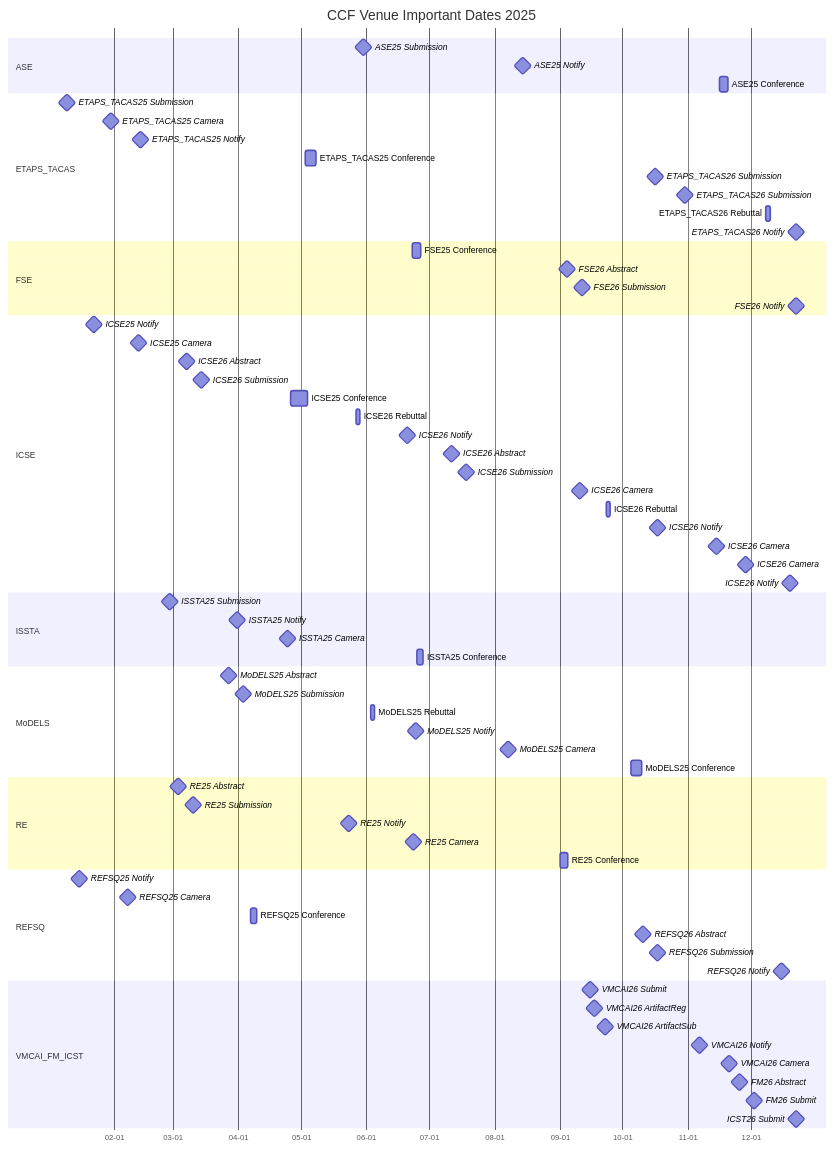
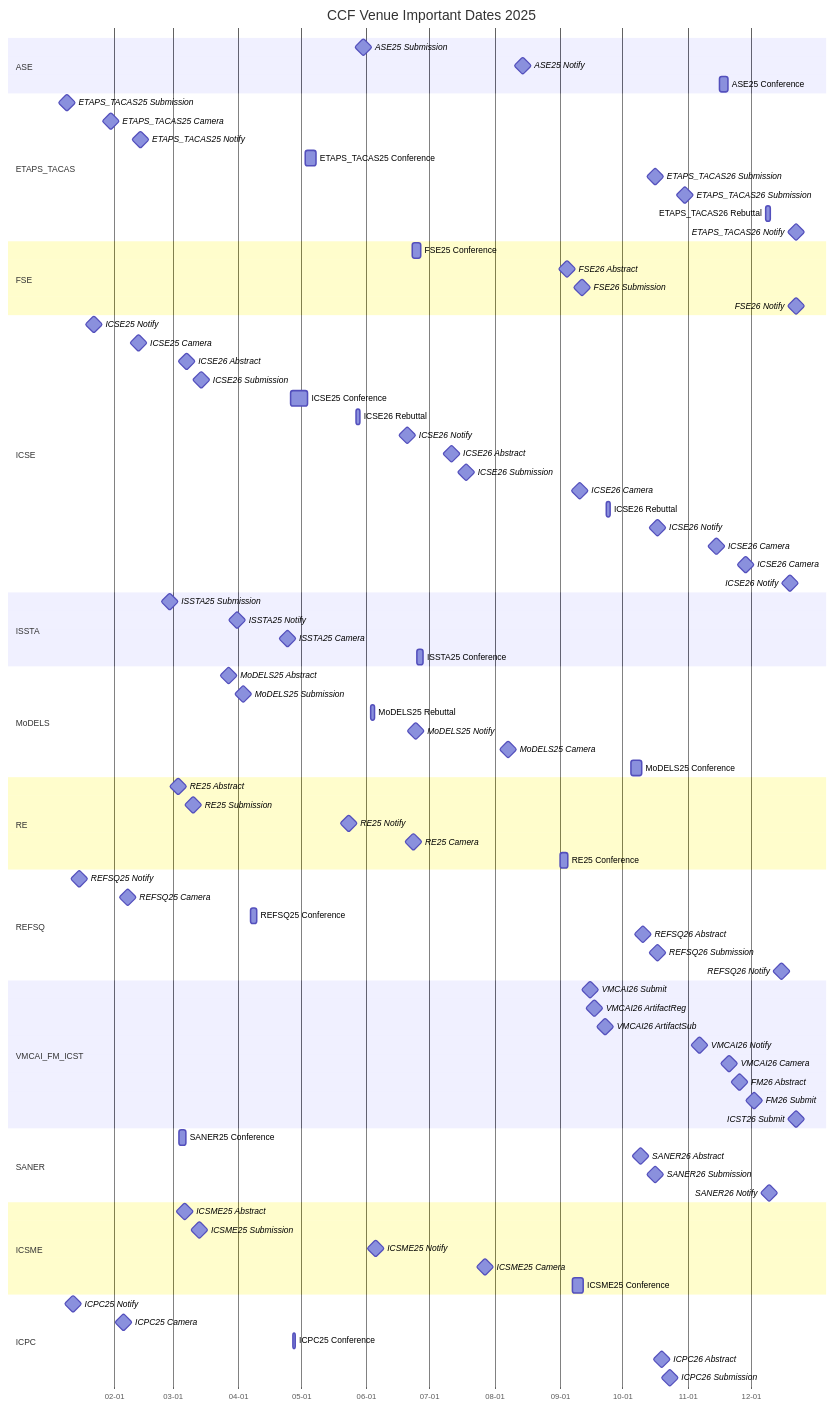
One commit to HansBug/research_ideas changed the fourth of 9 diagrams in ccf_venues/TIMELINE.md. Above: the diagram before and after it, drawn with Mermaid. The commit also changed other lines of this file and 36 other files, not shown here.

````diff
--- a/ccf_venues/TIMELINE.md
+++ b/ccf_venues/TIMELINE.md
@@ -523,4 +575,24 @@
   FM26 Submit :milestone, fm2026_submit, 2025-12-02, 1d
   ICST26 Submit :milestone, icst2026_submit, 2025-12-22, 1d
 
+  section SANER
+  SANER25 Conference :saner25_conf, 2025-03-04, 2025-03-07
+  SANER26 Abstract :milestone, saner26_abs_20251009, 2025-10-09, 1d
+  SANER26 Submission :milestone, saner26_sub_20251016, 2025-10-16, 1d
+  SANER26 Notify :milestone, saner26_not_20251209, 2025-12-09, 1d
+
+  section ICSME
+  ICSME25 Abstract :milestone, icsme25_abs_20250306, 2025-03-06, 1d
+  ICSME25 Submission :milestone, icsme25_sub_20250313, 2025-03-13, 1d
+  ICSME25 Notify :milestone, icsme25_not_20250605, 2025-06-05, 1d
+  ICSME25 Camera :milestone, icsme25_cam_20250727, 2025-07-27, 1d
+  ICSME25 Conference :icsme25_conf, 2025-09-07, 2025-09-12
+
+  section ICPC
+  ICPC25 Notify :milestone, icpc25_not_20250112, 2025-01-12, 1d
+  ICPC25 Camera :milestone, icpc25_cam_20250205, 2025-02-05, 1d
+  ICPC25 Conference :icpc25_conf, 2025-04-27, 2025-04-28
+  ICPC26 Abstract :milestone, icpc26_abs_20251019, 2025-10-19, 1d
+  ICPC26 Submission :milestone, icpc26_sub_20251023, 2025-10-23, 1d
+
 ```
````
